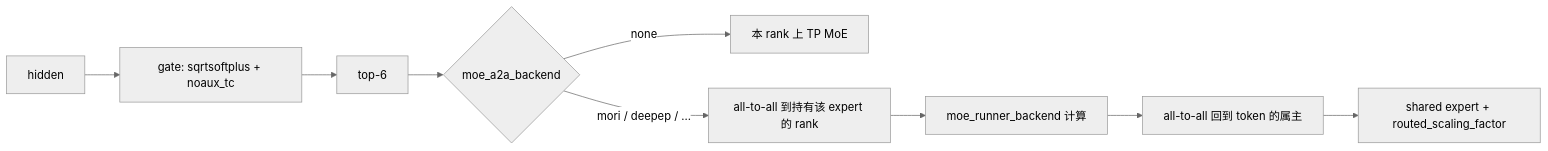
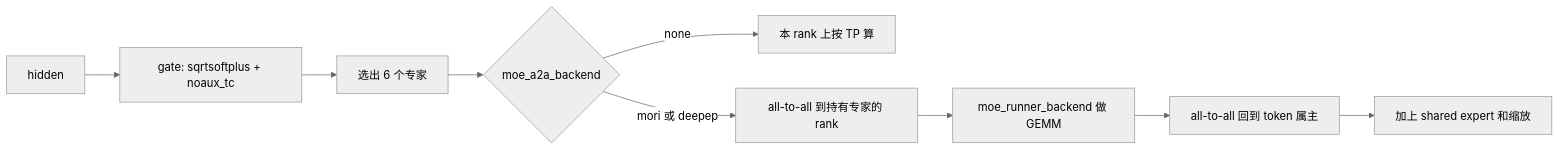
The diagram in docs/my_docs/09-MoE路由与采样.md (wangtong198/sglang), drawn with Mermaid (neutral theme) before and after one commit. The commit also changed other lines of this file and 13 other files, not shown here.

First line of the commit message:
Deepen the Chinese SGLang learning series around the runtime flow.

````diff
--- a/docs/my_docs/09-MoE路由与采样.md
+++ b/docs/my_docs/09-MoE路由与采样.md
@@ -23,11 +25,11 @@
 ```mermaid
 flowchart LR
   H["hidden"] --> G["gate: sqrtsoftplus + noaux_tc"]
-  G --> K["top-6"]
+  G --> K["选出 6 个专家"]
   K --> D{"moe_a2a_backend"}
-  D -->|none| L["本 rank 上 TP MoE"]
-  D -->|mori / deepep / ...| A2A["all-to-all 到持有该 expert 的 rank"]
-  A2A --> R["moe_runner_backend 计算"]
-  R --> B["all-to-all 回到 token 的属主"]
-  B --> S["shared expert + routed_scaling_factor"]
+  D -->|none| L["本 rank 上按 TP 算"]
+  D -->|mori 或 deepep| A["all-to-all 到持有专家的 rank"]
+  A --> R["moe_runner_backend 做 GEMM"]
+  R --> B["all-to-all 回到 token 属主"]
+  B --> S["加上 shared expert 和缩放"]
 ```
````
